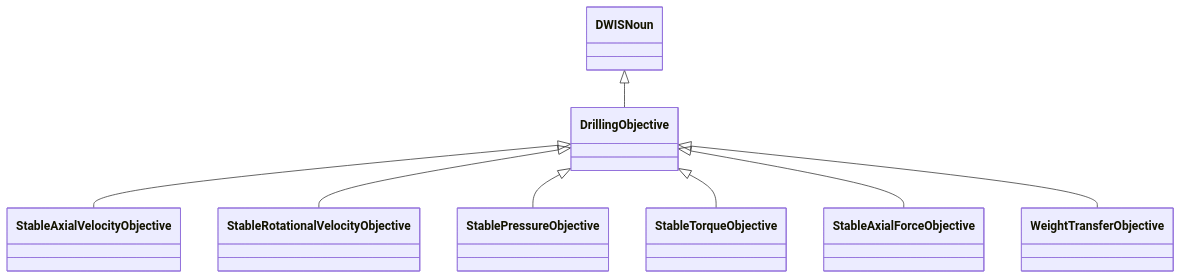
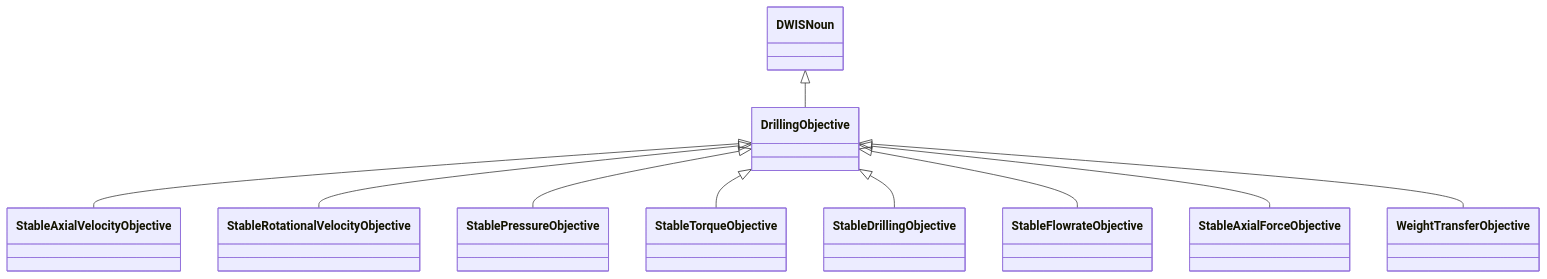
Before and after one commit to D-WIS/DDHub-Semantic-Interoperability: the first of 10 diagrams in docs/vocabulary_development/auto-generated/md/definition-files/DrillingObjective.md, drawn with Mermaid. The commit also changed other lines of this file and 11 other files, not shown here.

````diff
--- a/docs/vocabulary_development/auto-generated/md/definition-files/DrillingObjective.md
+++ b/docs/vocabulary_development/auto-generated/md/definition-files/DrillingObjective.md
@@ -8,10 +8,12 @@
 ```mermaid
 classDiagram
 DWISNoun <|-- DrillingObjective
 DrillingObjective <|-- StableAxialVelocityObjective
 DrillingObjective <|-- StableRotationalVelocityObjective
 DrillingObjective <|-- StablePressureObjective
 DrillingObjective <|-- StableTorqueObjective
+DrillingObjective <|-- StableDrillingObjective
+DrillingObjective <|-- StableFlowrateObjective
 DrillingObjective <|-- StableAxialForceObjective
 DrillingObjective <|-- WeightTransferObjective
 ```
````
